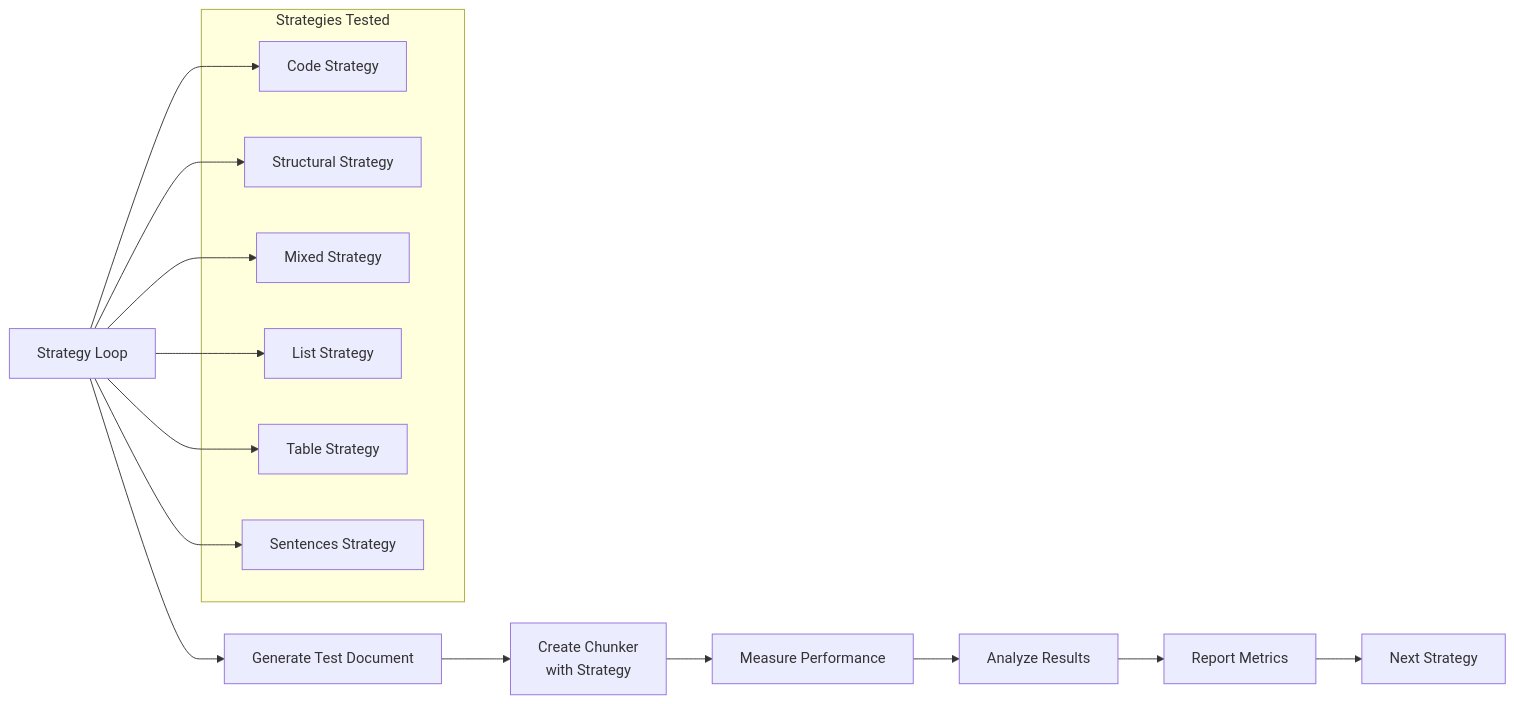
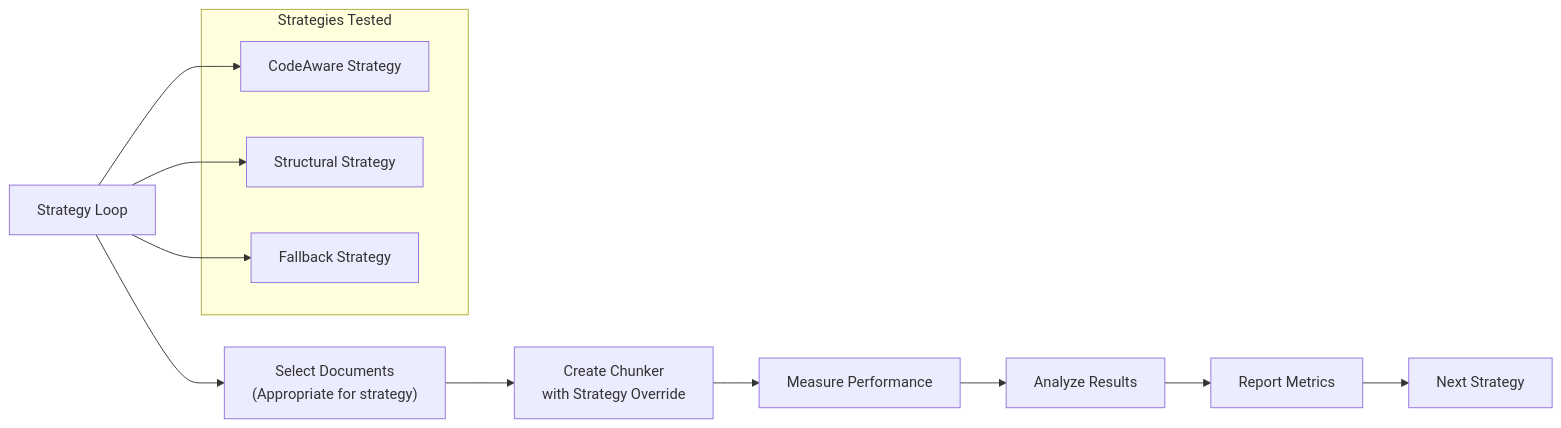
The fourth of 12 diagrams in .qoder/repowiki/en/content/Testing and Quality/Performance Benchmarks/Performance Benchmarks.md (asukhodko/dify-markdown-chunker), drawn with Mermaid before and after one commit. The commit also changed other lines of this file and 5 other files, not shown here.

````diff
--- a/.qoder/repowiki/en/content/Testing and Quality/Performance Benchmarks/Performance Benchmarks.md
+++ b/.qoder/repowiki/en/content/Testing and Quality/Performance Benchmarks/Performance Benchmarks.md
@@ -135,23 +144,17 @@
 ```mermaid
 flowchart LR
-StrategyLoop["Strategy Loop"] --> DocGen["Generate Test Document"]
-DocGen --> Config["Create Chunker<br/>with Strategy"]
+StrategyLoop["Strategy Loop"] --> SelectDocs["Select Documents<br/>(Appropriate for strategy)"]
+SelectDocs --> Config["Create Chunker<br/>with Strategy Override"]
 Config --> Measure["Measure Performance"]
 Measure --> Analyze["Analyze Results"]
 Analyze --> Report["Report Metrics"]
 Report --> NextStrategy["Next Strategy"]
 subgraph "Strategies Tested"
-Code["Code Strategy"]
+Code["CodeAware Strategy"]
 Struct["Structural Strategy"]
-Mixed["Mixed Strategy"]
-List["List Strategy"]
-Table["Table Strategy"]
-Sentences["Sentences Strategy"]
+Fallback["Fallback Strategy"]
 end
 StrategyLoop --> Code
 StrategyLoop --> Struct
-StrategyLoop --> Mixed
-StrategyLoop --> List
-StrategyLoop --> Table
-StrategyLoop --> Sentences
+StrategyLoop --> Fallback
 ```
````
